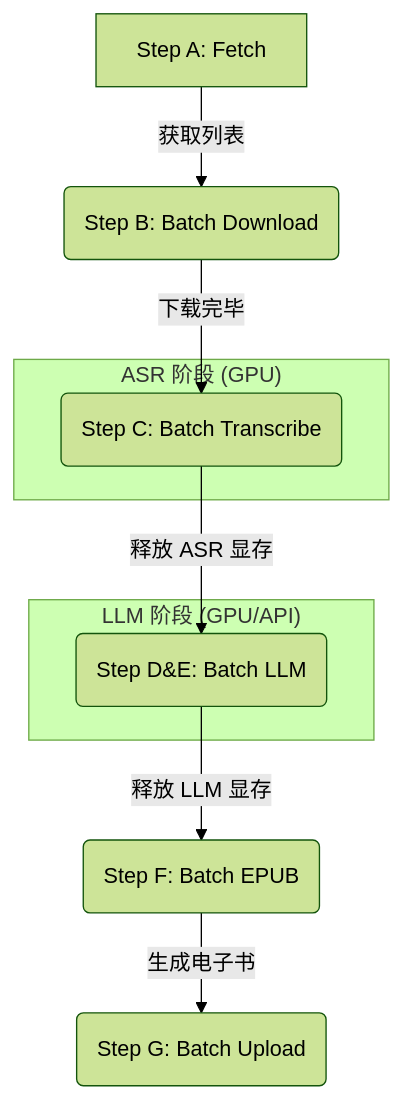
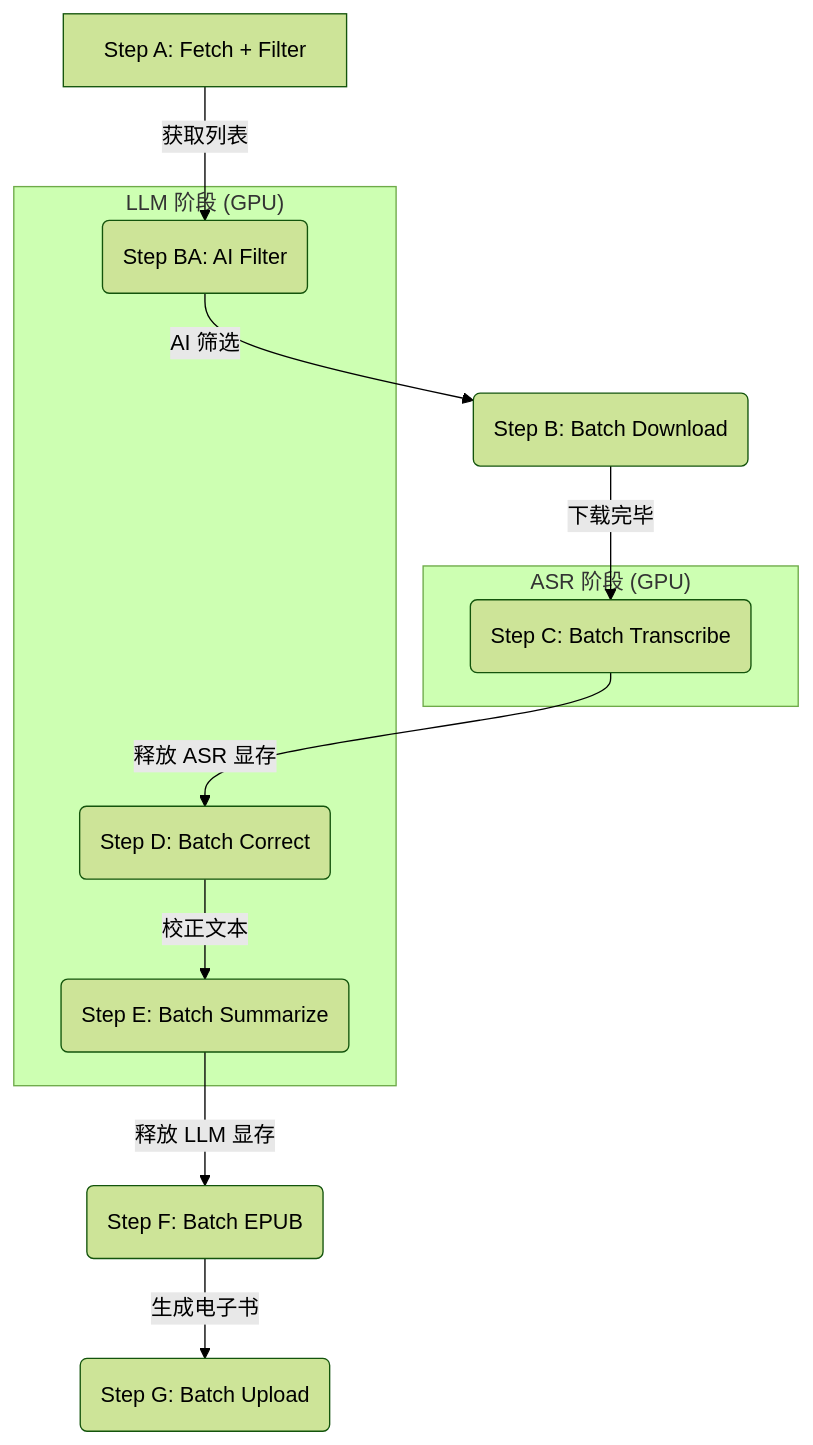
Before and after one commit to supery0ung/Bilibili-AI-Summarizer: the diagram in PIPELINE_FLOW.md, drawn with Mermaid (forest theme). The commit also changed other lines of this file and 41 other files, not shown here.

````diff
--- a/PIPELINE_FLOW.md
+++ b/PIPELINE_FLOW.md
@@ -10,16 +10,20 @@
 ```mermaid
 graph TD
-    A[Step A: Fetch] -->|获取列表| B(Step B: Batch Download)
+    A[Step A: Fetch + Filter] -->|获取列表| BA(Step BA: AI Filter)
+    BA -->|AI 筛选| B(Step B: Batch Download)
     B -->|下载完毕| C(Step C: Batch Transcribe)
-    C -->|释放 ASR 显存| D(Step D&E: Batch LLM)
-    D -->|释放 LLM 显存| E(Step F: Batch EPUB)
-    E -->|生成电子书| F(Step G: Batch Upload)
+    C -->|释放 ASR 显存| D(Step D: Batch Correct)
+    D -->|校正文本| E(Step E: Batch Summarize)
+    E -->|释放 LLM 显存| F(Step F: Batch EPUB)
+    F -->|生成电子书| G(Step G: Batch Upload)
     
     subgraph "ASR 阶段 (GPU)"
     C
     end
     
-    subgraph "LLM 阶段 (GPU/API)"
+    subgraph "LLM 阶段 (GPU)"
+    BA
     D
+    E
     end
 ```
````
